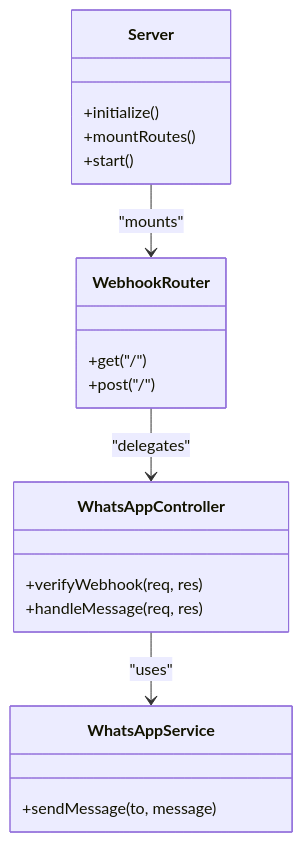
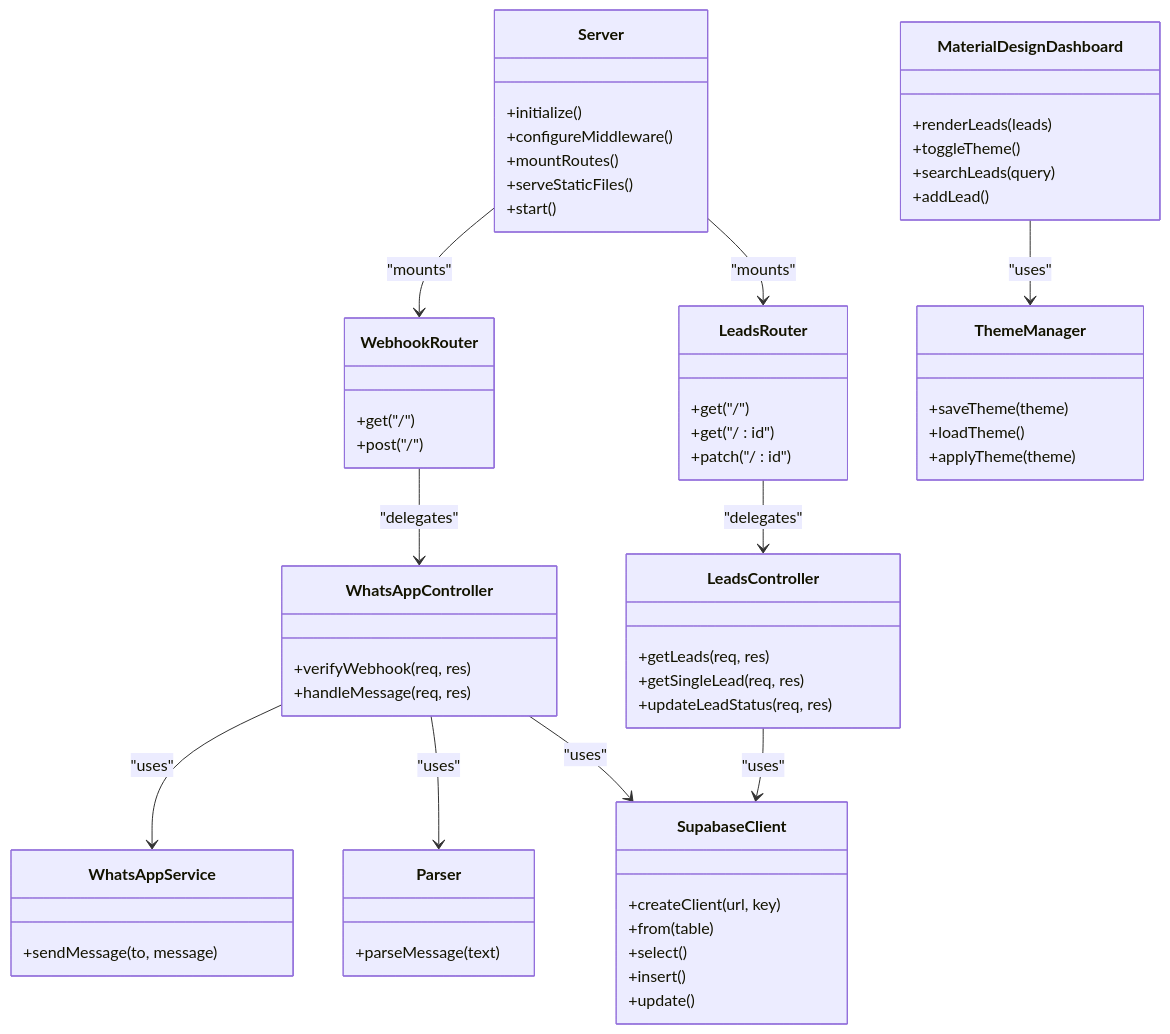
The third of 4 diagrams in .qoder/repowiki/en/content/Development Guide.md (hariom-wdsadhunik/SaaS-Project), drawn with Mermaid before and after one commit. The commit also changed other lines of this file and 13 other files, not shown here.

First line of the commit message:
feat(api): integrate lead management and real-time dashboard UI

````diff
--- a/.qoder/repowiki/en/content/Development Guide.md
+++ b/.qoder/repowiki/en/content/Development Guide.md
@@ -166,22 +283,61 @@
 ```mermaid
 classDiagram
 class Server {
 +initialize()
++configureMiddleware()
 +mountRoutes()
++serveStaticFiles()
 +start()
 }
 class WebhookRouter {
 +get("/")
 +post("/")
 }
+class LeadsRouter {
++get("/")
++get("/ : id")
++patch("/ : id")
+}
 class WhatsAppController {
 +verifyWebhook(req, res)
 +handleMessage(req, res)
 }
+class LeadsController {
++getLeads(req, res)
++getSingleLead(req, res)
++updateLeadStatus(req, res)
+}
 class WhatsAppService {
 +sendMessage(to, message)
 }
+class SupabaseClient {
++createClient(url, key)
++from(table)
++select()
++insert()
++update()
+}
+class Parser {
++parseMessage(text)
+}
+class MaterialDesignDashboard {
++renderLeads(leads)
++toggleTheme()
++searchLeads(query)
++addLead()
+}
+class ThemeManager {
++saveTheme(theme)
++loadTheme()
++applyTheme(theme)
+}
 Server --> WebhookRouter : "mounts"
+Server --> LeadsRouter : "mounts"
 WebhookRouter --> WhatsAppController : "delegates"
+LeadsRouter --> LeadsController : "delegates"
 WhatsAppController --> WhatsAppService : "uses"
+WhatsAppController --> Parser : "uses"
+WhatsAppController --> SupabaseClient : "uses"
+LeadsController --> SupabaseClient : "uses"
+MaterialDesignDashboard --> ThemeManager : "uses"
 ```
````
